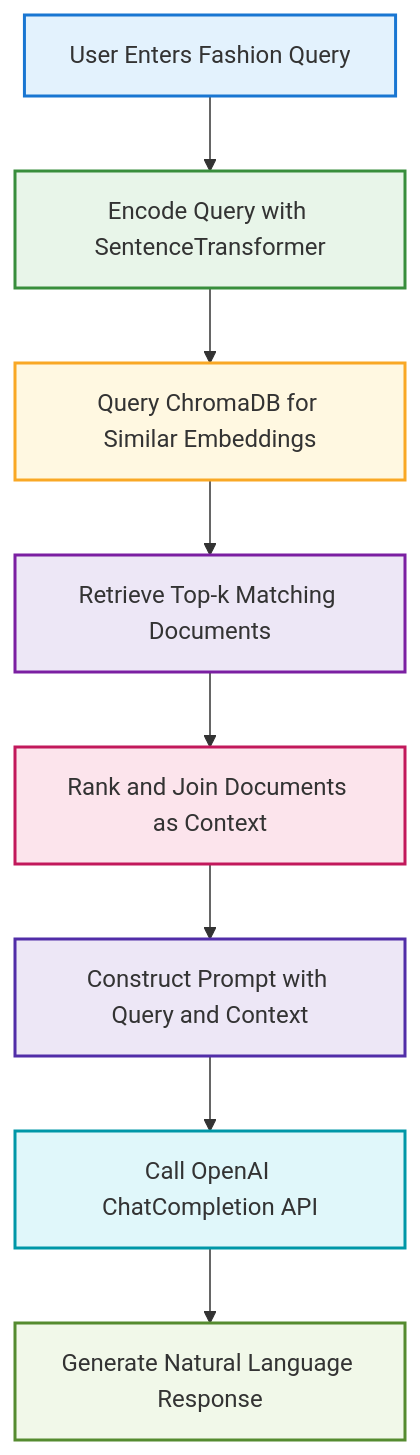
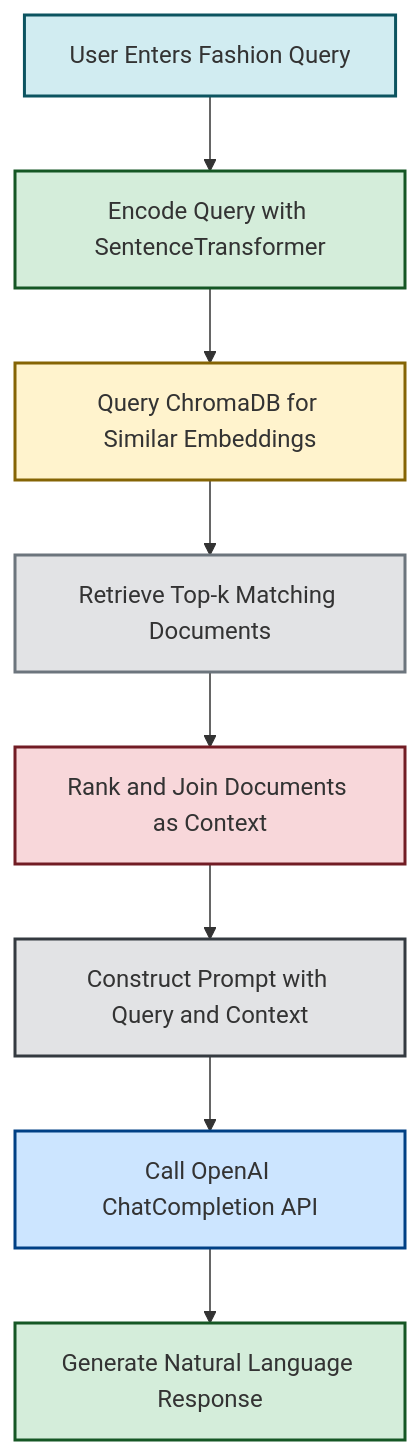
Before and after one commit to dsharma3/FashionAIRAGAssistant: the second of 2 diagrams in README.md, drawn with Mermaid. The commit also changed other lines of this file, not shown here.

````diff
--- a/README.md
+++ b/README.md
@@ -113,19 +113,19 @@
 ```mermaid
 graph TD
     A[User Enters Fashion Query] --> B[Encode Query with SentenceTransformer]
     B --> C[Query ChromaDB for Similar Embeddings]
     C --> D[Retrieve Top-k Matching Documents]
     D --> E[Rank and Join Documents as Context]
     E --> F[Construct Prompt with Query and Context]
     F --> G[Call OpenAI ChatCompletion API]
     G --> H[Generate Natural Language Response]
 
-    style A fill:#e3f2fd,stroke:#1976d2,stroke-width:2px
-    style B fill:#e8f5e9,stroke:#388e3c,stroke-width:2px
-    style C fill:#fff8e1,stroke:#f9a825,stroke-width:2px
-    style D fill:#ede7f6,stroke:#7b1fa2,stroke-width:2px
-    style E fill:#fce4ec,stroke:#c2185b,stroke-width:2px
-    style F fill:#ede7f6,stroke:#512da8,stroke-width:2px
-    style G fill:#e0f7fa,stroke:#0097a7,stroke-width:2px
-    style H fill:#f1f8e9,stroke:#558b2f,stroke-width:2px
+    style A fill:#d1ecf1,stroke:#0c5460,stroke-width:2px
+    style B fill:#d4edda,stroke:#155724,stroke-width:2px
+    style C fill:#fff3cd,stroke:#856404,stroke-width:2px
+    style D fill:#e2e3e5,stroke:#6c757d,stroke-width:2px
+    style E fill:#f8d7da,stroke:#721c24,stroke-width:2px
+    style F fill:#e2e3e5,stroke:#343a40,stroke-width:2px
+    style G fill:#cce5ff,stroke:#004085,stroke-width:2px
+    style H fill:#d4edda,stroke:#155724,stroke-width:2px
 ```
````
